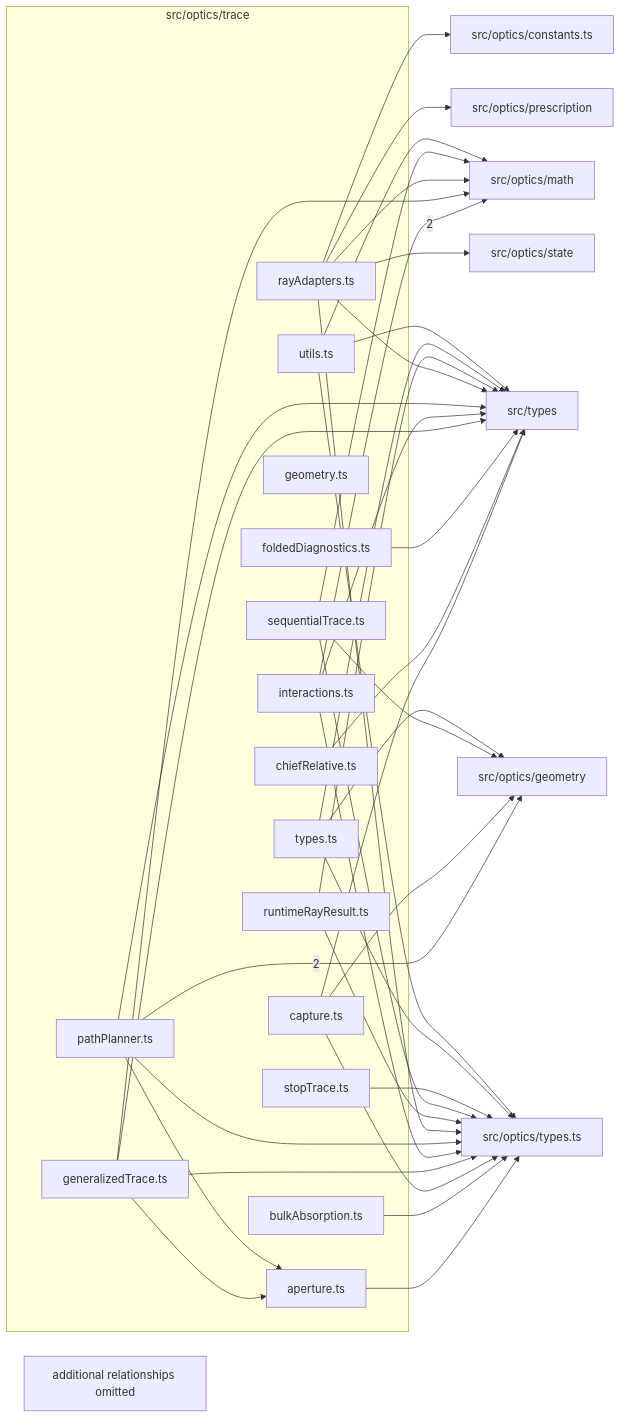
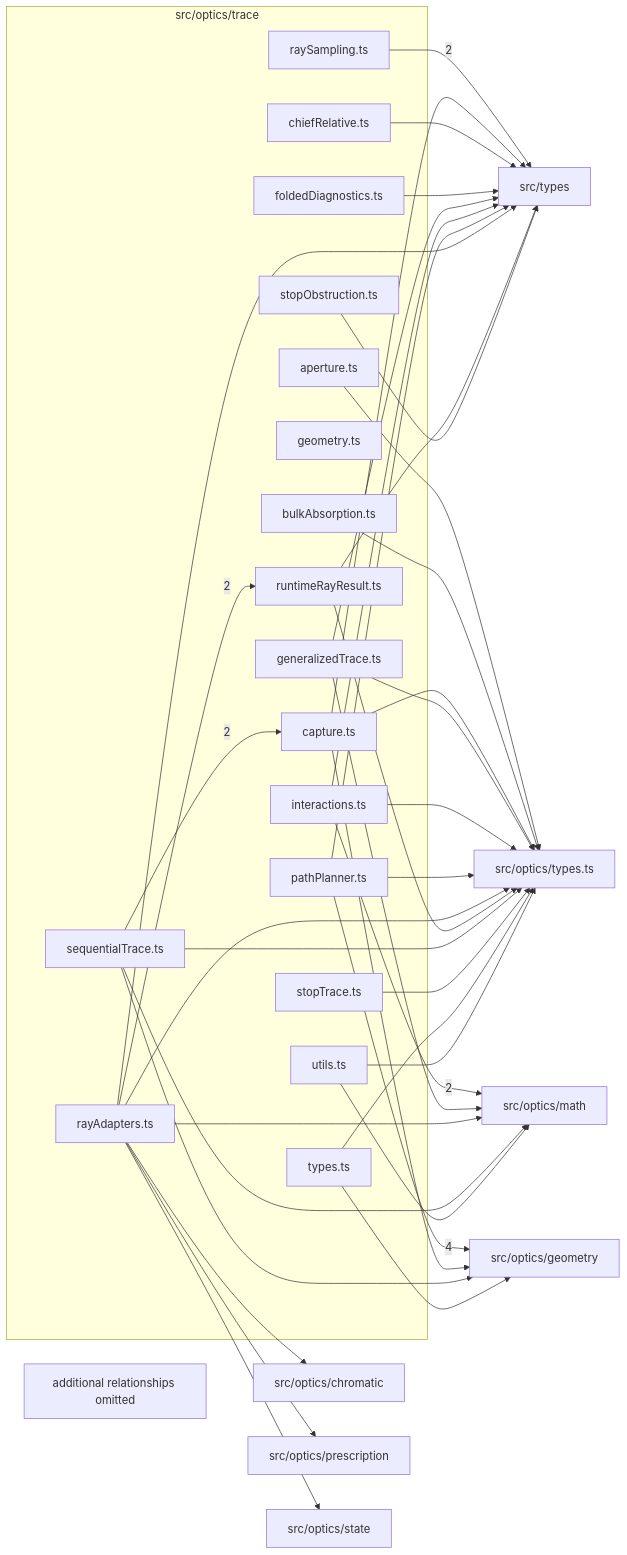
Before and after one commit to ronbuening/LensVisualizer: the diagram in src/optics/trace/readme.md, drawn with Mermaid. The commit also changed other lines of this file and 439 other files, not shown here.

````diff
--- a/src/optics/trace/readme.md
+++ b/src/optics/trace/readme.md
@@ -9,64 +9,66 @@
 ```mermaid
 flowchart LR
   subgraph n_src_optics_trace["src/optics/trace"]
     n_src_optics_trace_src_optics_trace_aperture_ts["aperture.ts"]
     n_src_optics_trace_src_optics_trace_bulkAbsorption_ts["bulkAbsorption.ts"]
     n_src_optics_trace_src_optics_trace_capture_ts["capture.ts"]
     n_src_optics_trace_src_optics_trace_chiefRelative_ts["chiefRelative.ts"]
     n_src_optics_trace_src_optics_trace_foldedDiagnostics_ts["foldedDiagnostics.ts"]
     n_src_optics_trace_src_optics_trace_generalizedTrace_ts["generalizedTrace.ts"]
     n_src_optics_trace_src_optics_trace_geometry_ts["geometry.ts"]
     n_src_optics_trace_src_optics_trace_interactions_ts["interactions.ts"]
     n_src_optics_trace_src_optics_trace_pathPlanner_ts["pathPlanner.ts"]
     n_src_optics_trace_src_optics_trace_rayAdapters_ts["rayAdapters.ts"]
+    n_src_optics_trace_src_optics_trace_raySampling_ts["raySampling.ts"]
     n_src_optics_trace_src_optics_trace_runtimeRayResult_ts["runtimeRayResult.ts"]
     n_src_optics_trace_src_optics_trace_sequentialTrace_ts["sequentialTrace.ts"]
+    n_src_optics_trace_src_optics_trace_stopObstruction_ts["stopObstruction.ts"]
     n_src_optics_trace_src_optics_trace_stopTrace_ts["stopTrace.ts"]
     n_src_optics_trace_src_optics_trace_types_ts["types.ts"]
     n_src_optics_trace_src_optics_trace_utils_ts["utils.ts"]
   end
   n_external_src_optics_geometry["src/optics/geometry"]
   n_external_src_optics_math["src/optics/math"]
-  n_external_src_optics_constants_ts["src/optics/constants.ts"]
+  n_external_src_types["src/types"]
+  n_external_src_optics_chromatic["src/optics/chromatic"]
   n_external_src_optics_prescription["src/optics/prescription"]
   n_external_src_optics_state["src/optics/state"]
   n_external_src_optics_types_ts["src/optics/types.ts"]
-  n_external_src_types["src/types"]
-  n_src_optics_trace_src_optics_trace_pathPlanner_ts --> |2| n_external_src_optics_geometry
+  n_src_optics_trace_src_optics_trace_pathPlanner_ts --> |4| n_external_src_optics_geometry
   n_src_optics_trace_src_optics_trace_interactions_ts --> |2| n_external_src_optics_math
-  n_src_optics_trace_src_optics_trace_rayAdapters_ts --> n_external_src_optics_constants_ts
+  n_src_optics_trace_src_optics_trace_raySampling_ts --> |2| n_external_src_types
+  n_src_optics_trace_src_optics_trace_sequentialTrace_ts --> |2| n_src_optics_trace_src_optics_trace_capture_ts
+  n_src_optics_trace_src_optics_trace_rayAdapters_ts --> |2| n_src_optics_trace_src_optics_trace_runtimeRayResult_ts
+  n_src_optics_trace_src_optics_trace_rayAdapters_ts --> n_external_src_optics_chromatic
   n_src_optics_trace_src_optics_trace_capture_ts --> n_external_src_optics_geometry
   n_src_optics_trace_src_optics_trace_sequentialTrace_ts --> n_external_src_optics_geometry
   n_src_optics_trace_src_optics_trace_types_ts --> n_external_src_optics_geometry
   n_src_optics_trace_src_optics_trace_generalizedTrace_ts --> n_external_src_optics_math
   n_src_optics_trace_src_optics_trace_rayAdapters_ts --> n_external_src_optics_math
   n_src_optics_trace_src_optics_trace_sequentialTrace_ts --> n_external_src_optics_math
   n_src_optics_trace_src_optics_trace_utils_ts --> n_external_src_optics_math
   n_src_optics_trace_src_optics_trace_rayAdapters_ts --> n_external_src_optics_prescription
   n_src_optics_trace_src_optics_trace_rayAdapters_ts --> n_external_src_optics_state
   n_src_optics_trace_src_optics_trace_aperture_ts --> n_external_src_optics_types_ts
   n_src_optics_trace_src_optics_trace_bulkAbsorption_ts --> n_external_src_optics_types_ts
   n_src_optics_trace_src_optics_trace_capture_ts --> n_external_src_optics_types_ts
   n_src_optics_trace_src_optics_trace_generalizedTrace_ts --> n_external_src_optics_types_ts
   n_src_optics_trace_src_optics_trace_interactions_ts --> n_external_src_optics_types_ts
   n_src_optics_trace_src_optics_trace_pathPlanner_ts --> n_external_src_optics_types_ts
   n_src_optics_trace_src_optics_trace_rayAdapters_ts --> n_external_src_optics_types_ts
   n_src_optics_trace_src_optics_trace_runtimeRayResult_ts --> n_external_src_optics_types_ts
   n_src_optics_trace_src_optics_trace_sequentialTrace_ts --> n_external_src_optics_types_ts
   n_src_optics_trace_src_optics_trace_stopTrace_ts --> n_external_src_optics_types_ts
   n_src_optics_trace_src_optics_trace_types_ts --> n_external_src_optics_types_ts
   n_src_optics_trace_src_optics_trace_utils_ts --> n_external_src_optics_types_ts
   n_src_optics_trace_src_optics_trace_capture_ts --> n_external_src_types
   n_src_optics_trace_src_optics_trace_chiefRelative_ts --> n_external_src_types
   n_src_optics_trace_src_optics_trace_foldedDiagnostics_ts --> n_external_src_types
   n_src_optics_trace_src_optics_trace_generalizedTrace_ts --> n_external_src_types
   n_src_optics_trace_src_optics_trace_interactions_ts --> n_external_src_types
   n_src_optics_trace_src_optics_trace_pathPlanner_ts --> n_external_src_types
   n_src_optics_trace_src_optics_trace_rayAdapters_ts --> n_external_src_types
   n_src_optics_trace_src_optics_trace_runtimeRayResult_ts --> n_external_src_types
-  n_src_optics_trace_src_optics_trace_types_ts --> n_external_src_types
-  n_src_optics_trace_src_optics_trace_utils_ts --> n_external_src_types
-  n_src_optics_trace_src_optics_trace_generalizedTrace_ts --> n_src_optics_trace_src_optics_trace_aperture_ts
-  n_src_optics_trace_src_optics_trace_pathPlanner_ts --> n_src_optics_trace_src_optics_trace_aperture_ts
+  n_src_optics_trace_src_optics_trace_stopObstruction_ts --> n_external_src_types
   n_src_optics_trace_truncated["additional relationships omitted"]
 ```
````
